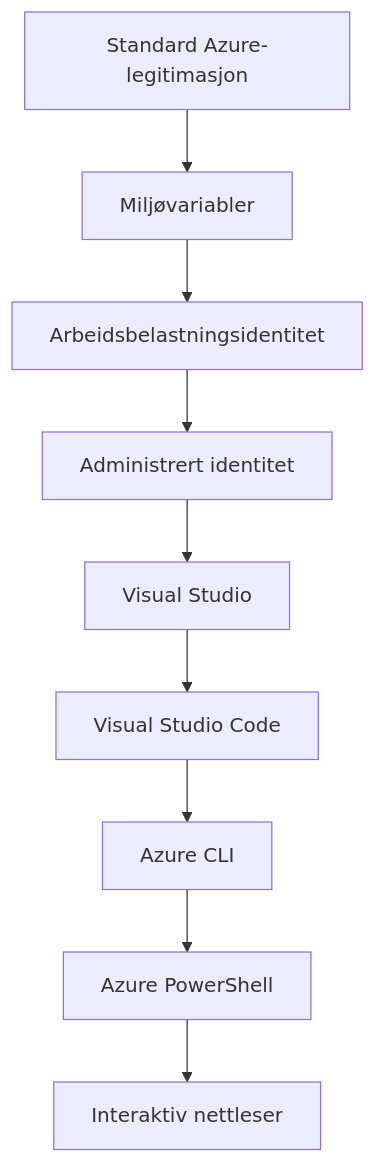
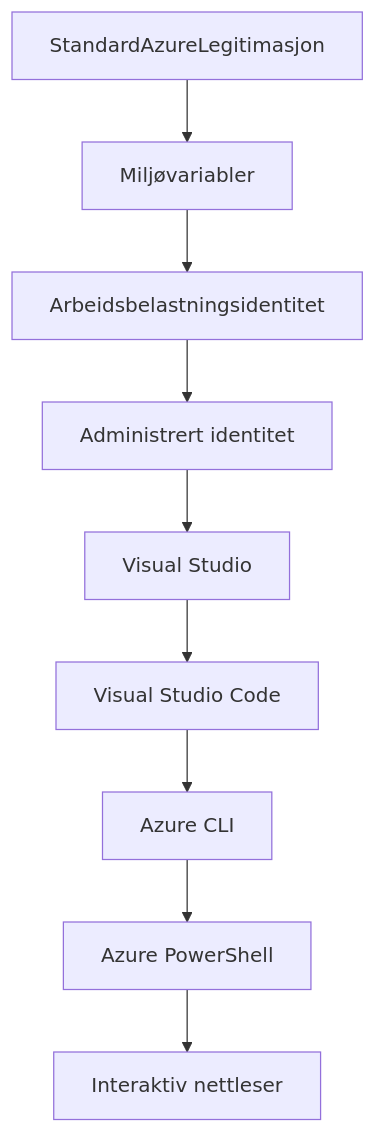
One commit to microsoft/AZD-for-beginners changed the second of 2 diagrams in translations/no/docs/chapter-01-foundation/azd-basics.md. Above: the diagram before and after it, drawn with Mermaid. The commit also changed other lines of this file and 101 other files, not shown here.

````diff
--- a/translations/no/docs/chapter-01-foundation/azd-basics.md
+++ b/translations/no/docs/chapter-01-foundation/azd-basics.md
@@ -558,11 +593,11 @@
 ```mermaid
 graph TD
-    A[Standard Azure-legitimasjon] --> B[Miljøvariabler]
+    A[StandardAzureLegitimasjon] --> B[Miljøvariabler]
     B --> C[Arbeidsbelastningsidentitet]
     C --> D[Administrert identitet]
     D --> E[Visual Studio]
     E --> F[Visual Studio Code]
     F --> G[Azure CLI]
     G --> H[Azure PowerShell]
     H --> I[Interaktiv nettleser]
 ```
````
